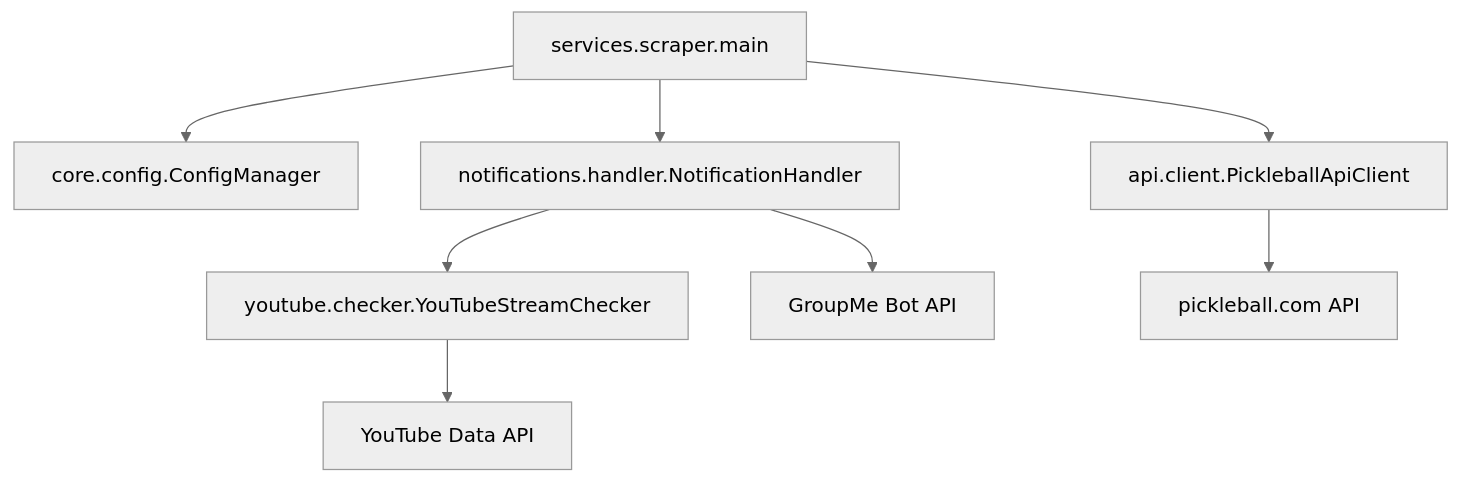
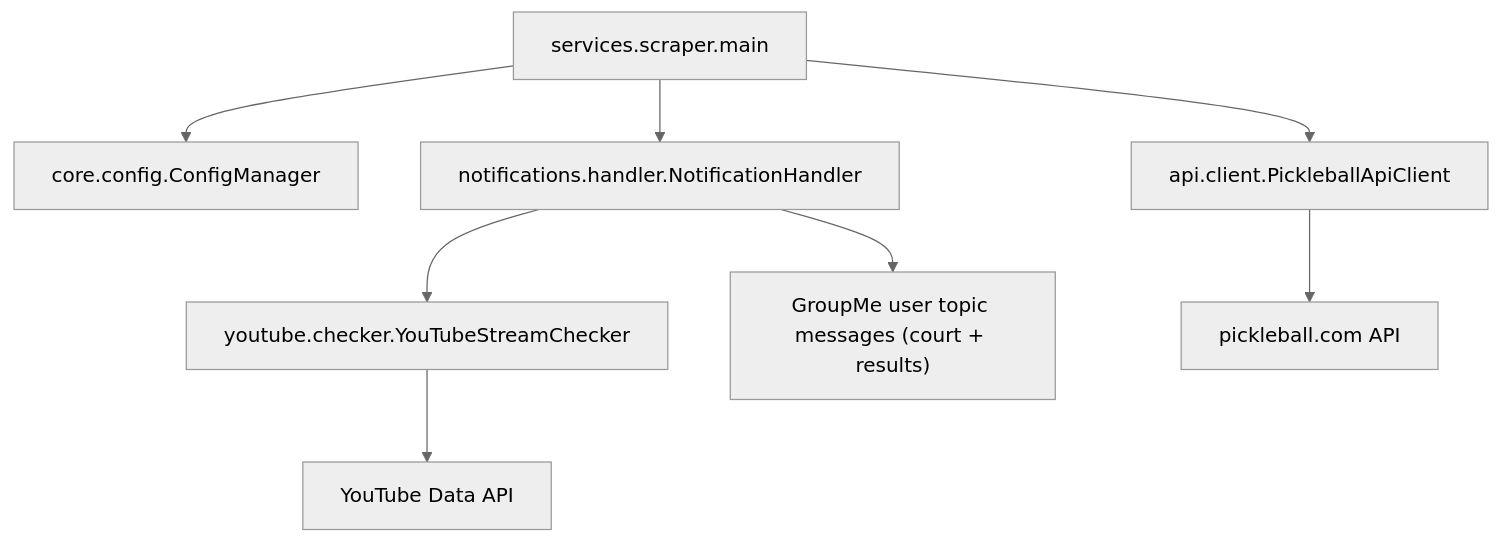
Before and after one commit to mdpolzin/pickleball-notifier: the diagram in docs/architecture.md, drawn with Mermaid (neutral theme). The commit also changed 20 other files, not shown here.

````diff
--- a/docs/architecture.md
+++ b/docs/architecture.md
@@ -49,10 +49,10 @@
 ```mermaid
 flowchart TD
     serviceScraper["services.scraper.main"] --> configCore["core.config.ConfigManager"]
     serviceScraper --> notifyHandler["notifications.handler.NotificationHandler"]
     serviceScraper --> apiClient["api.client.PickleballApiClient"]
     notifyHandler --> ytChecker["youtube.checker.YouTubeStreamChecker"]
     apiClient --> pickleballApi["pickleball.com API"]
     ytChecker --> youtubeApi["YouTube Data API"]
-    notifyHandler --> groupmeApi["GroupMe Bot API"]
+    notifyHandler --> groupmeApi["GroupMe user topic messages (court + results)"]
 ```
````
